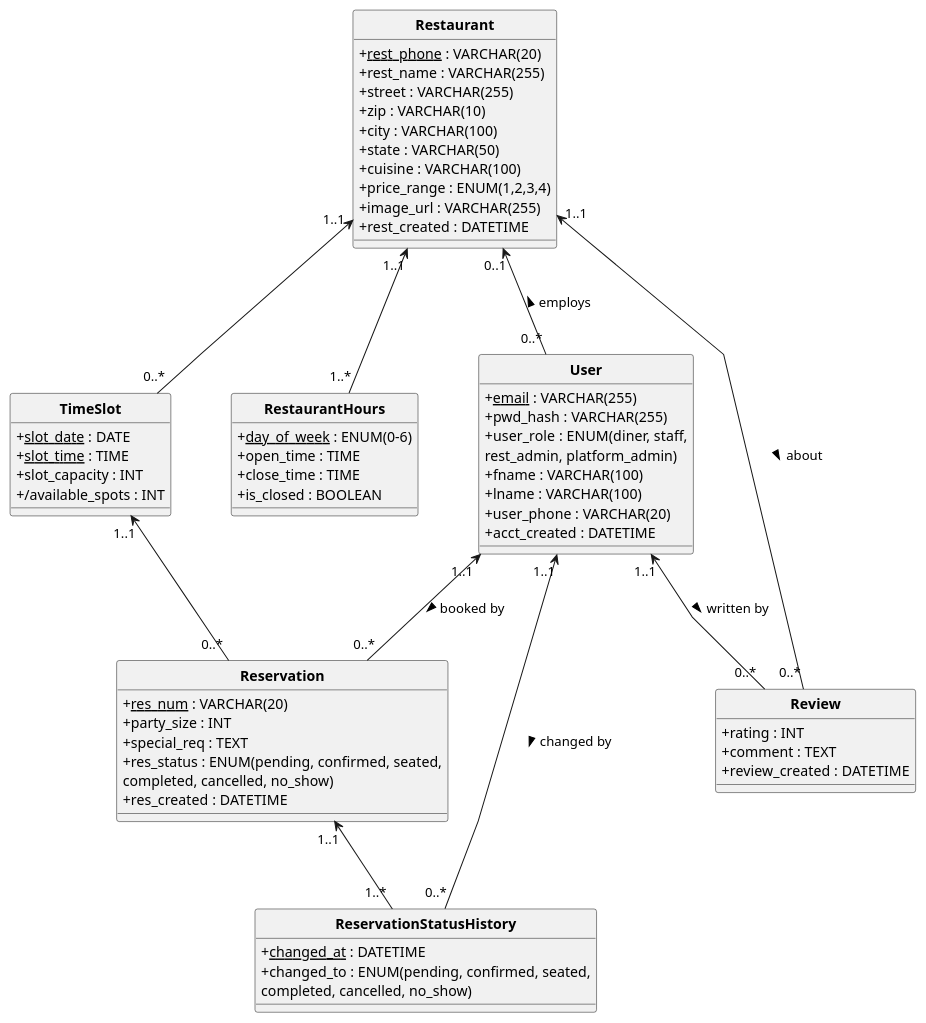
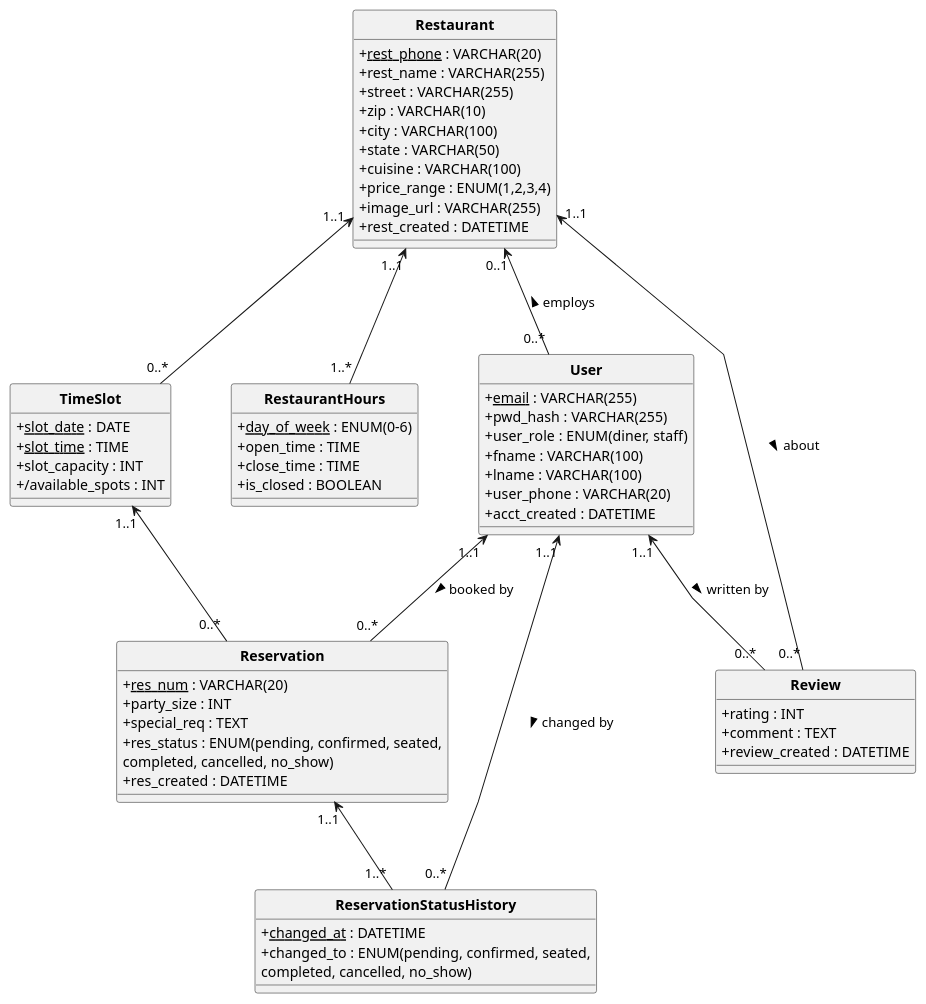
One commit to CamDtho3/CSCI4370-FinalProject changed the diagram in docs/ReservationSystem_ClassDiagram.puml. Above: the diagram before and after it, drawn with PlantUML. The commit also changed 6 other files, not shown here.

Commit message:
Added staff and diner selection to account creation

```diff
--- a/docs/ReservationSystem_ClassDiagram.puml
+++ b/docs/ReservationSystem_ClassDiagram.puml
@@ -1,107 +1,106 @@
 @startuml ReservationSystem
 
 ' To view the diagram, install the PlantUML extension in VSCode
 ' Then press alt + d to render the uml diagram in VSCode
 
 skinparam classFontStyle bold
 skinparam classAttributeIconSize 0
 skinparam backgroundColor white
 skinparam nodesep 60
 skinparam ranksep 85
 skinparam linetype polyline
 hide circle
 
 ' ─── Level 1: Base / Hub Entities ─────────────────────────────────
 
 class User {
   {field} + <u>email</u> : VARCHAR(255)
   {field} + pwd_hash : VARCHAR(255)
-  {field} + user_role : ENUM(diner, staff,
-  {field}   rest_admin, platform_admin)
+  {field} + user_role : ENUM(diner, staff)
   {field} + fname : VARCHAR(100)
   {field} + lname : VARCHAR(100)
   {field} + user_phone : VARCHAR(20)
   {field} + acct_created : DATETIME
 }
 
 class Restaurant {
   {field} + <u>rest_phone</u> : VARCHAR(20)
   {field} + rest_name : VARCHAR(255)
   {field} + street : VARCHAR(255)
   {field} + zip : VARCHAR(10)
   {field} + city : VARCHAR(100)
   {field} + state : VARCHAR(50)
   {field} + cuisine : VARCHAR(100)
   {field} + price_range : ENUM(1,2,3,4)
   {field} + image_url : VARCHAR(255)
   {field} + rest_created : DATETIME
 }
 
 ' ─── Level 2: Restaurant Configuration ────────────────────────────
 
 class RestaurantHours {
   {field} + <u>day_of_week</u> : ENUM(0-6)
   {field} + open_time : TIME
   {field} + close_time : TIME
   {field} + is_closed : BOOLEAN
 }
 
 class TimeSlot {
   {field} + <u>slot_date</u> : DATE
   {field} + <u>slot_time</u> : TIME
   {field} + slot_capacity : INT
   {field} + /available_spots : INT
 }
 
 ' ─── Level 3: Transactional Entities ──────────────────────────────
 
 class Reservation {
   {field} + <u>res_num</u> : VARCHAR(20)
   {field} + party_size : INT
   {field} + special_req : TEXT
   {field} + res_status : ENUM(pending, confirmed, seated,
   {field}   completed, cancelled, no_show)
   {field} + res_created : DATETIME
 }
 
 ' ─── Level 4: Post-Visit Entities ─────────────────────────────────
 
 class ReservationStatusHistory {
   {field} + <u>changed_at</u> : DATETIME
   {field} + changed_to : ENUM(pending, confirmed, seated,
   {field}   completed, cancelled, no_show)
 }
 
 class Review {
   {field} + rating : INT
   {field} + comment : TEXT
   {field} + review_created : DATETIME
 }
 
 ' ─── Associations ─────────────────────────────────────────────────
 '  Where a class's identity is partly supplied by its parent, the
 '  association completes the key. e.g. RestaurantHours is identified
 '  by (rest_phone, day_of_week) — FD D1-D3.
 
 Restaurant  "1..1" <-- "1..*" RestaurantHours
 Restaurant  "1..1" <-- "0..*" TimeSlot
 
 ' FD I1-I3: Review is identified by (email, rest_phone) — both halves
 ' of its key arrive through these two associations.
 Restaurant  "1..1" <-- "0..*" Review : about >
 
 ' FD A7: email -> employer_phone (null for diners / platform admins)
 Restaurant  "0..1" <-- "0..*" User : employs <
 
 ' Diner-side links — restricted to user_role = 'diner' by CHECK
 User        "1..1" <-- "0..*" Reservation : booked by >
 User        "1..1" <-- "0..*" Review : written by >
 
 TimeSlot    "1..1" <-- "0..*" Reservation
 
 Reservation "1..1" <-- "1..*" ReservationStatusHistory
 
 ' Audit trail: who performed the status change (FD G2, changed_by)
 User        "1..1" <-- "0..*" ReservationStatusHistory : changed by >
 
 @enduml
```
